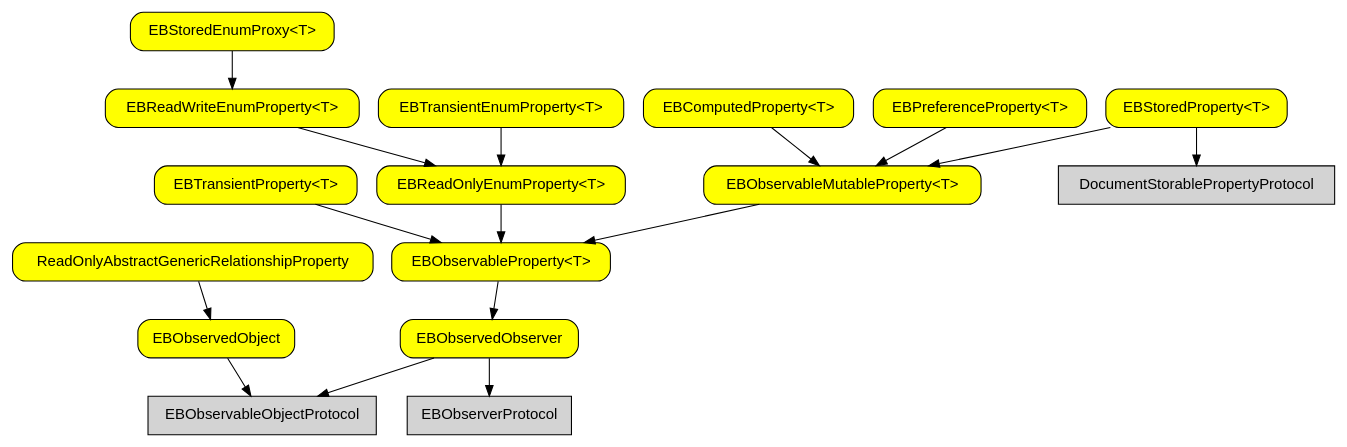
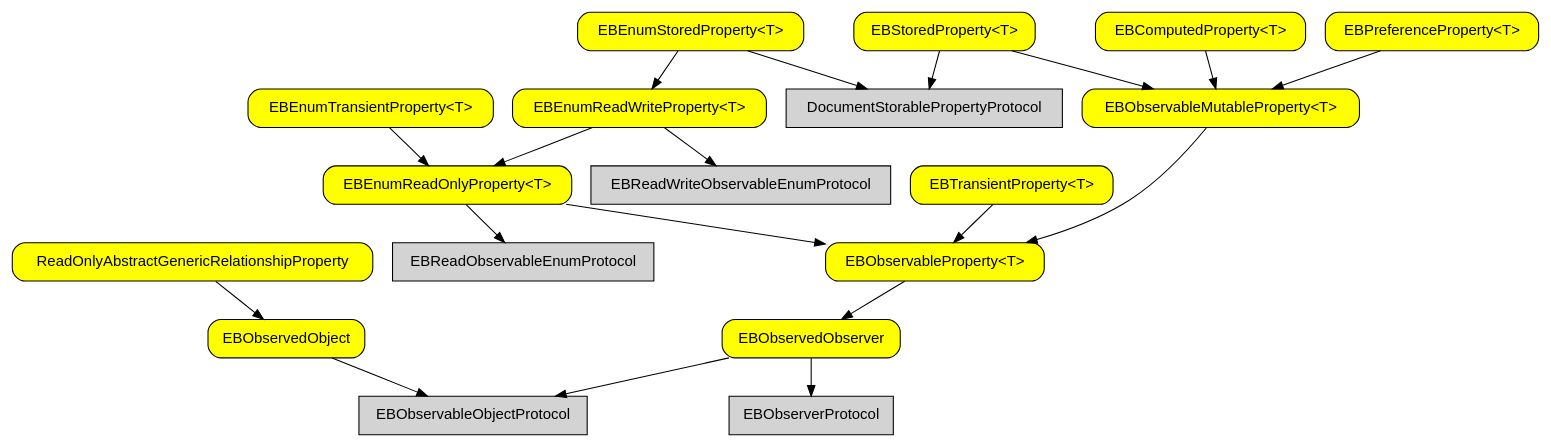
The diagram in models/observable-property-graph.dot (pierremolinaro/ElCanari-dev), drawn with Graphviz before and after one commit. The commit also changed 74 other files, not shown here.

```diff
--- a/models/observable-property-graph.dot
+++ b/models/observable-property-graph.dot
@@ -1,26 +1,31 @@
 digraph G {
 
   node [shape=box fontname=helvetica fillcolor=lightgray style=filled] ;
 
   EBObservableObjectProtocol ;
   EBObserverProtocol ;
   DocumentStorablePropertyProtocol ;
+  EBReadObservableEnumProtocol;
+  EBReadWriteObservableEnumProtocol;
 
   node [shape=box fontname=helvetica style="rounded,filled" fillcolor=yellow] ;
 
   EBObservedObject -> EBObservableObjectProtocol ;
   EBObservedObserver -> EBObservableObjectProtocol ;
   EBObservedObserver -> EBObserverProtocol ;
   "EBObservableProperty<T>" -> EBObservedObserver ;
   ReadOnlyAbstractGenericRelationshipProperty -> EBObservedObject ;
   "EBTransientProperty<T>" -> "EBObservableProperty<T>" ;
-  "EBReadOnlyEnumProperty<T>" -> "EBObservableProperty<T>" ;
+  "EBEnumReadOnlyProperty<T>" -> "EBObservableProperty<T>" ;
+  "EBEnumReadOnlyProperty<T>" -> EBReadObservableEnumProtocol ;
   "EBObservableMutableProperty<T>" -> "EBObservableProperty<T>" ;
   "EBComputedProperty<T>" -> "EBObservableMutableProperty<T>" ;
   "EBPreferenceProperty<T>" -> "EBObservableMutableProperty<T>" ;
   "EBStoredProperty<T>" -> "EBObservableMutableProperty<T>" ;
   "EBStoredProperty<T>" -> DocumentStorablePropertyProtocol ;
-  "EBReadWriteEnumProperty<T>" -> "EBReadOnlyEnumProperty<T>" ;
-  "EBTransientEnumProperty<T>" -> "EBReadOnlyEnumProperty<T>" ;
-  "EBStoredEnumProxy<T>" -> "EBReadWriteEnumProperty<T>" ;
+  "EBEnumReadWriteProperty<T>" -> "EBEnumReadOnlyProperty<T>" ;
+  "EBEnumReadWriteProperty<T>" -> EBReadWriteObservableEnumProtocol ;
+  "EBEnumTransientProperty<T>" -> "EBEnumReadOnlyProperty<T>" ;
+  "EBEnumStoredProperty<T>" -> "EBEnumReadWriteProperty<T>" ;
+  "EBEnumStoredProperty<T>" -> DocumentStorablePropertyProtocol ;
  }
```
